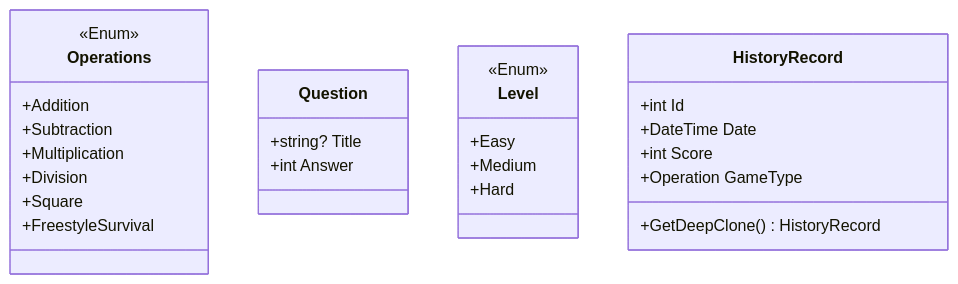
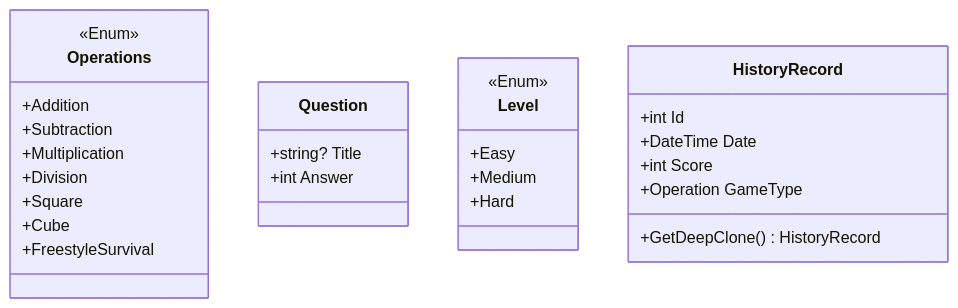
The third of 4 diagrams in readme.md (CodeDreamer06/MathGameChallenge), drawn with Mermaid before and after one commit. The commit also changed other lines of this file, not shown here.

Commit message:
Added cube to the UML diagram

````diff
--- a/readme.md
+++ b/readme.md
@@ -104,32 +103,33 @@
 ```mermaid
 classDiagram
   class Operations {
 	<<Enum>>
 	+Addition
     +Subtraction
     +Multiplication
     +Division
     +Square
+    +Cube
     +FreestyleSurvival
   }
 
   class Question {
     +string? Title
     +int Answer
   }
 
   class Level {
     <<Enum>>
     +Easy
     +Medium
     +Hard
   }
   
   class HistoryRecord {
     +int Id
     +DateTime Date
     +int Score
     +Operation GameType
     +GetDeepClone() HistoryRecord
   }
 ```
````
